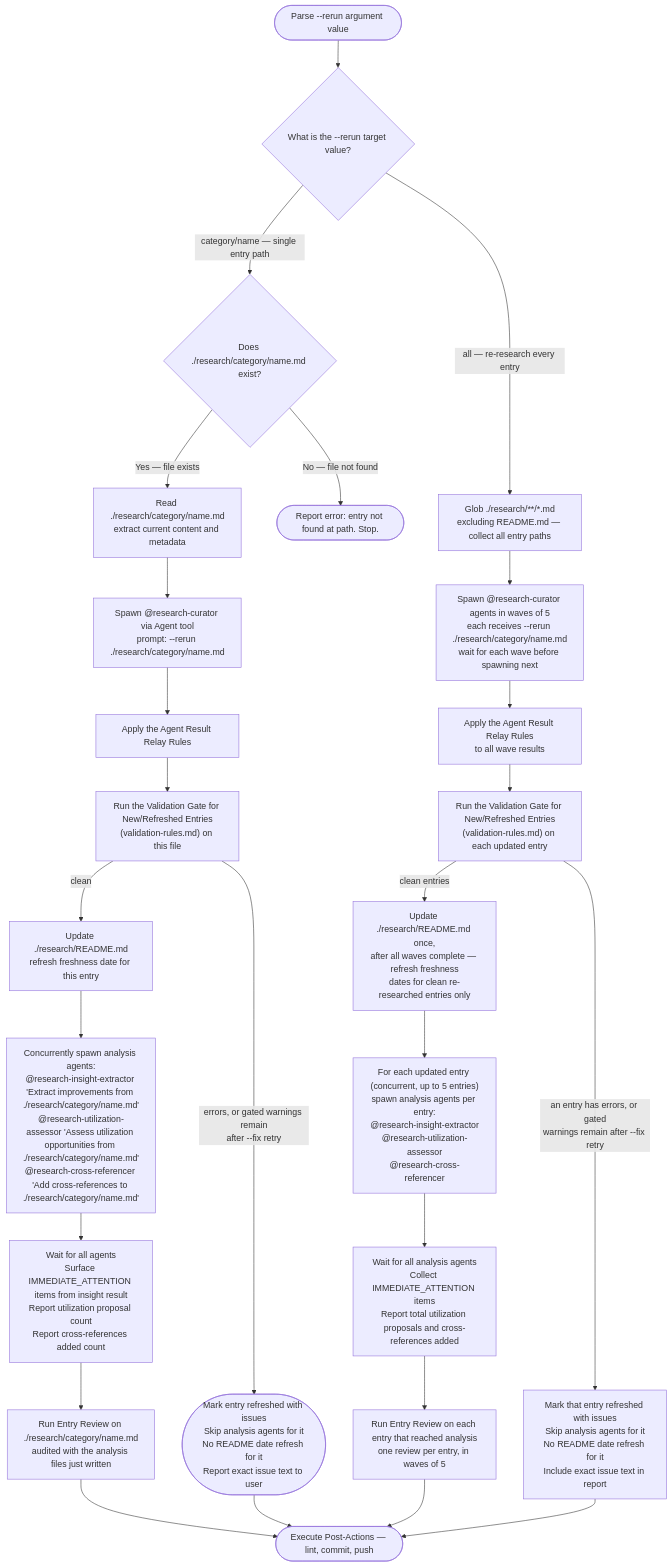
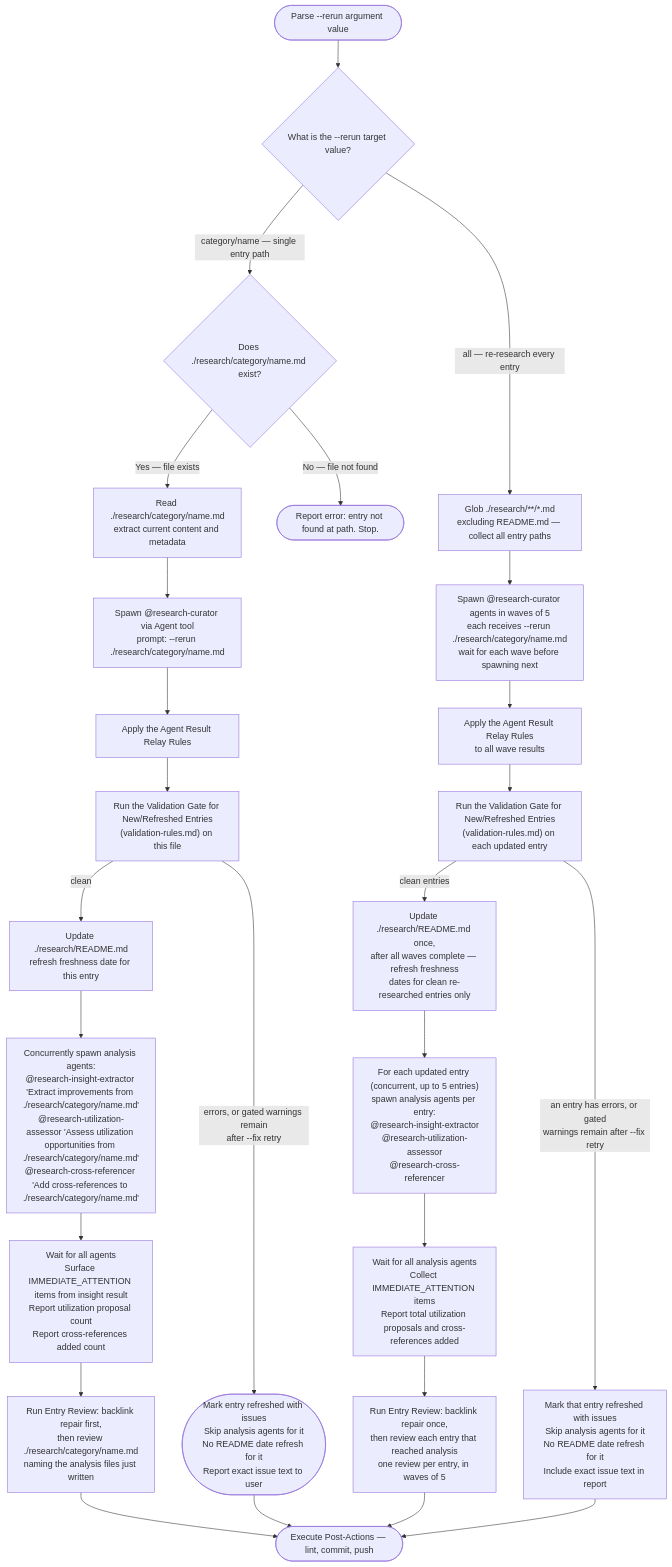
One commit to Jamie-BitFlight/claude_skills changed the second of 3 diagrams in .claude/skills/research-curator/SKILL.md. Above: the diagram before and after it, drawn with Mermaid. The commit also changed other lines of this file and 2 other files, not shown here.

First line of the commit message:
fix(research-curator): repair reciprocity before review, and close six contract gaps

````diff
--- a/.claude/skills/research-curator/SKILL.md
+++ b/.claude/skills/research-curator/SKILL.md
@@ -176,28 +176,28 @@
 ```mermaid
 flowchart TD
     Start(["Parse --rerun argument value"]) --> Q{"What is the --rerun target value?"}
     Q -->|"category/name — single entry path"| VerifyFile{"Does ./research/category/name.md exist?"}
     Q -->|"all — re-research every entry"| FindAll["Glob ./research/**/*.md<br>excluding README.md — collect all entry paths"]
     VerifyFile -->|"No — file not found"| Missing(["Report error: entry not found at path. Stop."])
     VerifyFile -->|"Yes — file exists"| ReadFile["Read ./research/category/name.md<br>extract current content and metadata"]
     ReadFile --> Spawn1["Spawn @research-curator via Agent tool<br>prompt: --rerun ./research/category/name.md"]
     Spawn1 --> RelayCheck1["Apply the Agent Result Relay Rules"]
     RelayCheck1 --> Validate1["Run the Validation Gate for New/Refreshed Entries<br>(validation-rules.md) on this file"]
     Validate1 -->|"errors, or gated warnings remain<br>after --fix retry"| Issues1(["Mark entry refreshed with issues<br>Skip analysis agents for it<br>No README date refresh for it<br>Report exact issue text to user"])
     Validate1 -->|"clean"| UpdateDate["Update ./research/README.md<br>refresh freshness date for this entry"]
     FindAll --> WaveSpawn["Spawn @research-curator agents in waves of 5<br>each receives --rerun ./research/category/name.md<br>wait for each wave before spawning next"]
     WaveSpawn --> RelayCheck2["Apply the Agent Result Relay Rules<br>to all wave results"]
     RelayCheck2 --> ValidateN["Run the Validation Gate for New/Refreshed Entries<br>(validation-rules.md) on each updated entry"]
     ValidateN -->|"an entry has errors, or gated<br>warnings remain after --fix retry"| IssuesN["Mark that entry refreshed with issues<br>Skip analysis agents for it<br>No README date refresh for it<br>Include exact issue text in report"]
     ValidateN -->|"clean entries"| UpdateDates["Update ./research/README.md once,<br>after all waves complete — refresh freshness<br>dates for clean re-researched entries only"]
     UpdateDate --> SpawnAnalysis1["Concurrently spawn analysis agents:<br>@research-insight-extractor 'Extract improvements from ./research/category/name.md'<br>@research-utilization-assessor 'Assess utilization opportunities from ./research/category/name.md'<br>@research-cross-referencer 'Add cross-references to ./research/category/name.md'"]
     SpawnAnalysis1 --> WaitAnalysis1["Wait for all agents<br>Surface IMMEDIATE_ATTENTION items from insight result<br>Report utilization proposal count<br>Report cross-references added count"]
-    WaitAnalysis1 --> Review1["Run Entry Review on ./research/category/name.md<br>audited with the analysis files just written"]
+    WaitAnalysis1 --> Review1["Run Entry Review: backlink repair first,<br>then review ./research/category/name.md<br>naming the analysis files just written"]
     Review1 --> PostActions(["Execute Post-Actions — lint, commit, push"])
     Issues1 --> PostActions
     UpdateDates --> SpawnAnalysisN["For each updated entry (concurrent, up to 5 entries)<br>spawn analysis agents per entry:<br>@research-insight-extractor<br>@research-utilization-assessor<br>@research-cross-referencer"]
     SpawnAnalysisN --> WaitAnalysisN["Wait for all analysis agents<br>Collect IMMEDIATE_ATTENTION items<br>Report total utilization proposals and cross-references added"]
-    WaitAnalysisN --> ReviewN["Run Entry Review on each entry that reached analysis<br>one review per entry, in waves of 5"]
+    WaitAnalysisN --> ReviewN["Run Entry Review: backlink repair once,<br>then review each entry that reached analysis<br>one review per entry, in waves of 5"]
     ReviewN --> PostActions
     IssuesN --> PostActions
 ```
````
